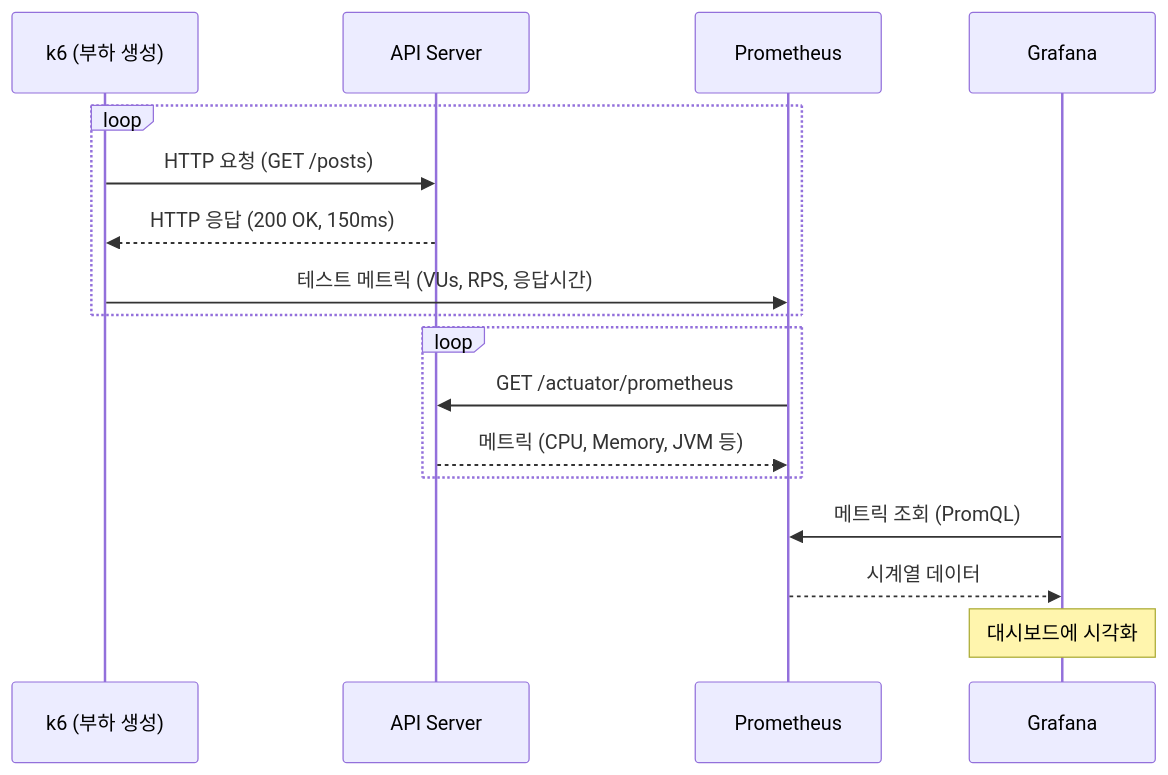
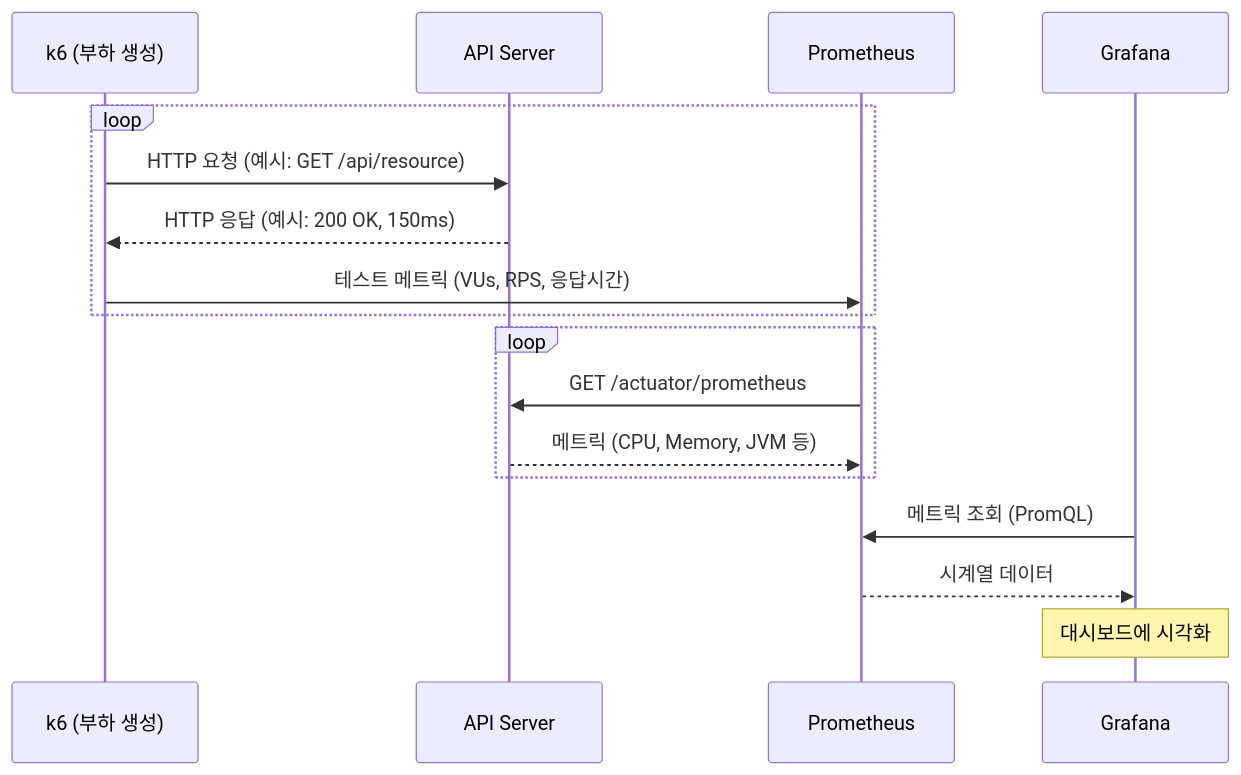
The second of 2 diagrams in README.md (BOB-BookBridge/BOB-perf), drawn with Mermaid before and after one commit. The commit also changed other lines of this file, not shown here.

````diff
--- a/README.md
+++ b/README.md
@@ -58,22 +129,22 @@
 ```mermaid
 sequenceDiagram
     participant K as k6 (부하 생성)
     participant A as API Server
     participant P as Prometheus
     participant G as Grafana
 
     loop
-        K->>A: HTTP 요청 (GET /posts)
-        A-->>K: HTTP 응답 (200 OK, 150ms)
+        K->>A: HTTP 요청 (예시: GET /api/resource)
+        A-->>K: HTTP 응답 (예시: 200 OK, 150ms)
         K->>P: 테스트 메트릭 (VUs, RPS, 응답시간)
     end
 
     loop
         P->>A: GET /actuator/prometheus
         A-->>P: 메트릭 (CPU, Memory, JVM 등)
     end
 
     G->>P: 메트릭 조회 (PromQL)
     P-->>G: 시계열 데이터
     Note over G: 대시보드에 시각화
 ```
````
